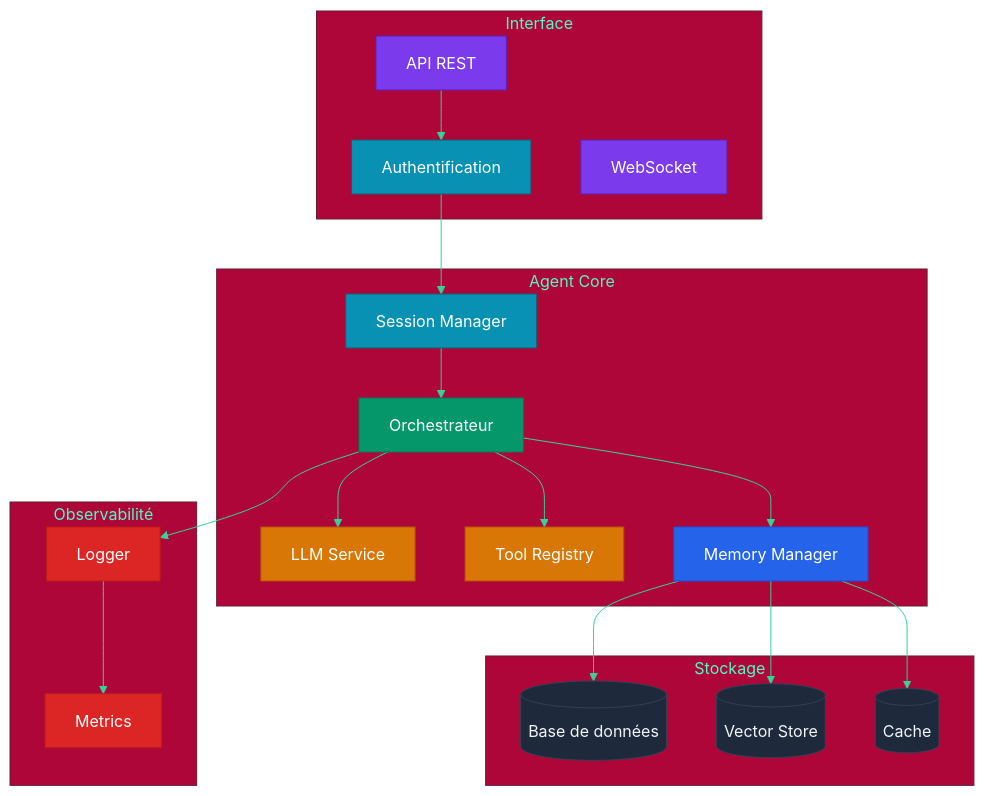
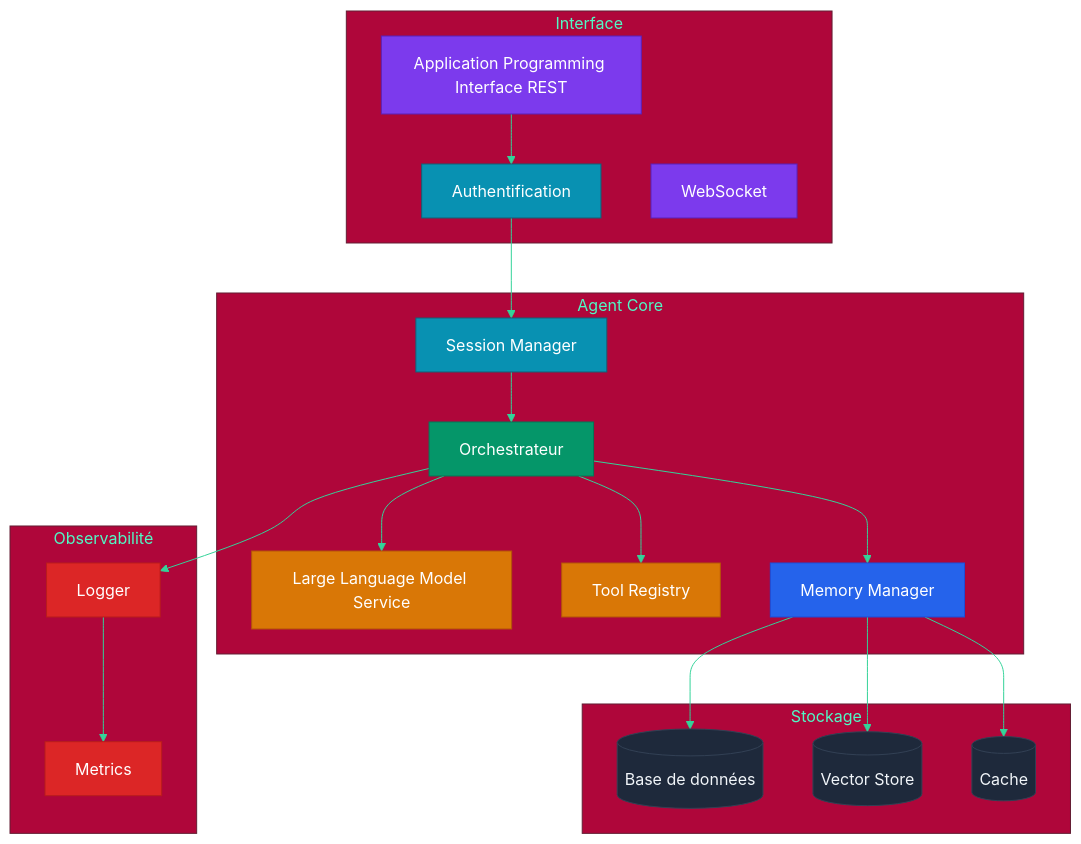
The third of 3 diagrams in CHAPITRE-04-architecture-agent.md (yugmerabtene/sdv-agentic), drawn with Mermaid before and after one commit. The commit also changed other lines of this file and 11 other files, not shown here.

````diff
--- a/CHAPITRE-04-architecture-agent.md
+++ b/CHAPITRE-04-architecture-agent.md
@@ -248,45 +400,45 @@
 ```mermaid
 %%{init: {'theme': 'base', 'themeVariables': {
   'primaryColor': '#059669',
   'primaryTextColor': '#fff',
   'lineColor': '#34d399'
 }}}%%
 graph TD
     subgraph "Interface"
-        API[API REST] --> Auth[Authentification]
+        API[Application Programming Interface REST] --> Auth[Authentification]
         WS[WebSocket]
     end
     
     subgraph "Agent Core"
         Auth --> SM[Session Manager]
         SM --> ORC[Orchestrateur]
-        ORC --> LLM[LLM Service]
+        ORC --> LLM[Large Language Model Service]
         ORC --> TOOL[Tool Registry]
         ORC --> MEM[Memory Manager]
     end
     
     subgraph "Stockage"
         MEM --> DB[(Base de données)]
         MEM --> VS[(Vector Store)]
         MEM --> CACHE[(Cache)]
     end
     
     subgraph "Observabilité"
         ORC --> LOG[Logger]
         LOG --> MONITOR[Metrics]
     end
     
     style API fill:#7c3aed,color:#fff,stroke:#5b21b6
     style Auth fill:#0891b2,color:#fff,stroke:#155e75
     style SM fill:#0891b2,color:#fff,stroke:#155e75
     style ORC fill:#059669,color:#fff,stroke:#047857
     style LLM fill:#d97706,color:#fff,stroke:#b45309
     style TOOL fill:#d97706,color:#fff,stroke:#b45309
     style MEM fill:#2563eb,color:#fff,stroke:#1d4ed8
     style DB fill:#1e293b,color:#f1f5f9,stroke:#334155
     style VS fill:#1e293b,color:#f1f5f9,stroke:#334155
     style CACHE fill:#1e293b,color:#f1f5f9,stroke:#334155
     style LOG fill:#dc2626,color:#fff,stroke:#b91c1c
     style MONITOR fill:#dc2626,color:#fff,stroke:#b91c1c
     style WS fill:#7c3aed,color:#fff,stroke:#5b21b6
 ```
````
